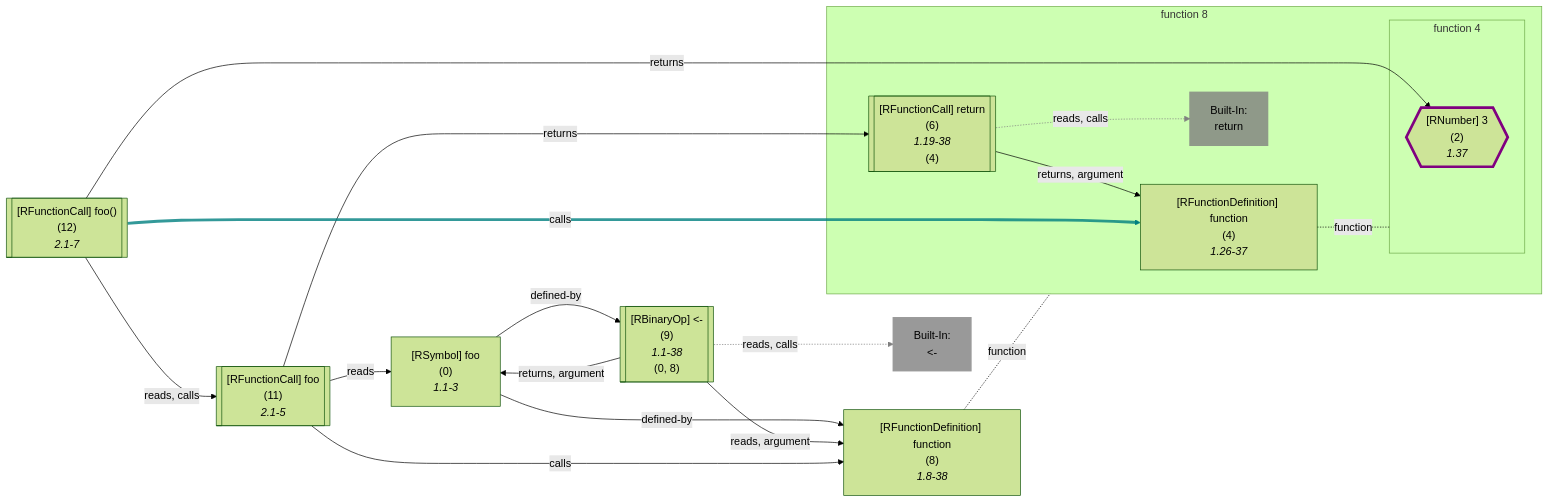
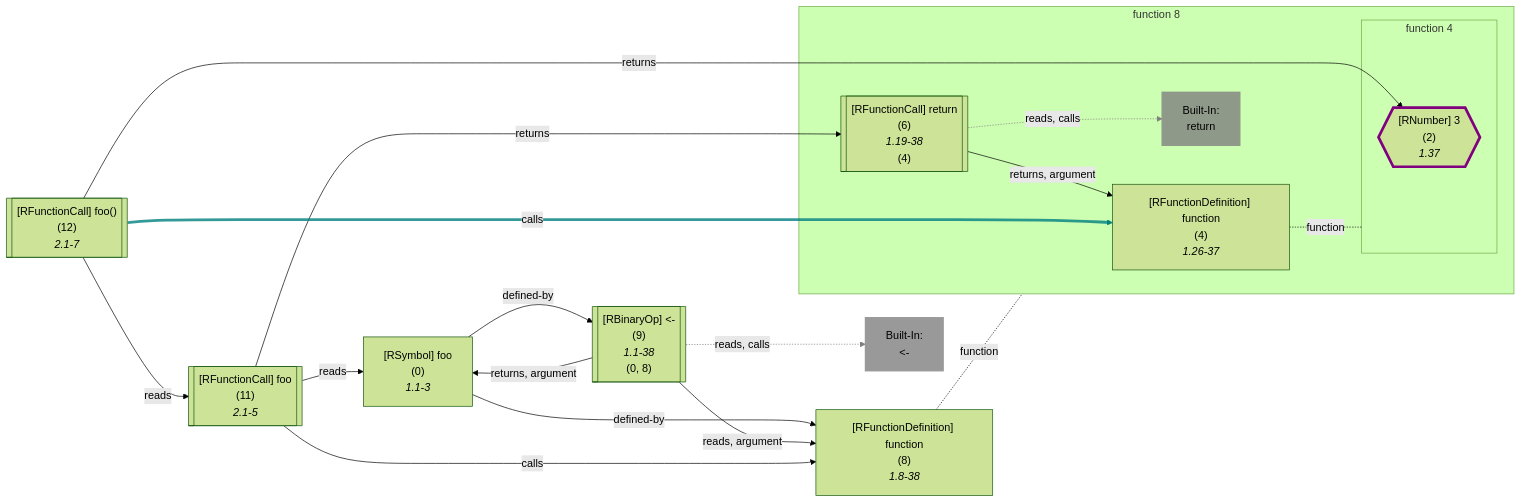
One commit to flowr-analysis/flowr changed diagram 16 of 54 in wiki/Dataflow Graph.md. Above: the diagram before and after it, drawn with Mermaid (forest theme). The commit also changed other lines of this file and 33 other files, not shown here.

````diff
--- a/wiki/Dataflow Graph.md
+++ b/wiki/Dataflow Graph.md
@@ -2381,74 +2383,74 @@
 ```mermaid
 flowchart LR
     8["`#91;RFunctionDefinition#93; function
       (8)
       *1.8-38*`"]
 
 subgraph "flow-8" [function 8]
     %% Environment of 4 [level: 1]:
     %% Built-in
-    %% 5087----------------------------------------
-    %% 5088----------------------------------------
+    %% 3133----------------------------------------
+    %% 3134----------------------------------------
     4["`#91;RFunctionDefinition#93; function
       (4)
       *1.26-37*`"]
 
 subgraph "flow-4" [function 4]
     2{{"`#91;RNumber#93; 3
       (2)
       *1.37*`"}}
     style 2 stroke:purple,stroke-width:4px; 
 end
     6[["`#91;RFunctionCall#93; return
       (6)
       *1.19-38*
     (4)`"]]
     built-in:return["`Built-In:
 return`"]
     style built-in:return stroke:gray,fill:gray,stroke-width:2px,opacity:.8;
 end
     0["`#91;RSymbol#93; foo
       (0)
       *1.1-3*`"]
     9[["`#91;RBinaryOp#93; #60;#45;
       (9)
       *1.1-38*
     (0, 8)`"]]
     built-in:_-["`Built-In:
 #60;#45;`"]
     style built-in:_- stroke:gray,fill:gray,stroke-width:2px,opacity:.8;
     %% Environment of 11 [level: 0]:
     %% Built-in
-    %% 5114----------------------------------------
+    %% 3160----------------------------------------
     %%   foo: {**foo** (id: 0, type: Function, def. @9)}
     11[["`#91;RFunctionCall#93; foo
       (11)
       *2.1-5*`"]]
     %% Environment of 12 [level: 0]:
     %% Built-in
-    %% 5116----------------------------------------
+    %% 3162----------------------------------------
     %%   foo: {**foo** (id: 0, type: Function, def. @9)}
     12[["`#91;RFunctionCall#93; foo()
       (12)
       *2.1-7*`"]]
 4 -.-|function| flow-4
 
     6 -->|"returns, argument"| 4
     6 -.->|"reads, calls"| built-in:return
     linkStyle 2 stroke:gray;
 8 -.-|function| flow-8
 
     0 -->|"defined-by"| 8
     0 -->|"defined-by"| 9
     9 -->|"reads, argument"| 8
     9 -->|"returns, argument"| 0
     9 -.->|"reads, calls"| built-in:_-
     linkStyle 8 stroke:gray;
     11 -->|"reads"| 0
     11 -->|"returns"| 6
     11 -->|"calls"| 8
-    12 -->|"reads, calls"| 11
+    12 -->|"reads"| 11
     12 -->|"returns"| 2
     12 -->|"calls"| 4
     linkStyle 14 stroke:teal,stroke-width:4.2px,stroke-opacity:.8
 ```
````
